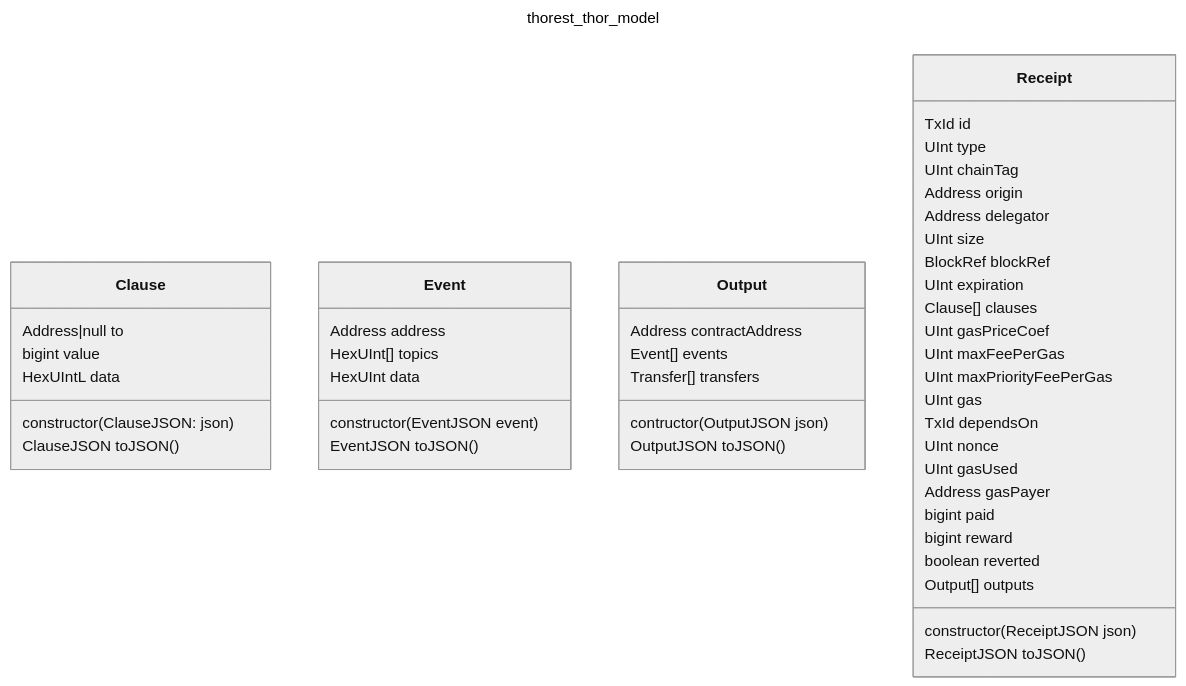
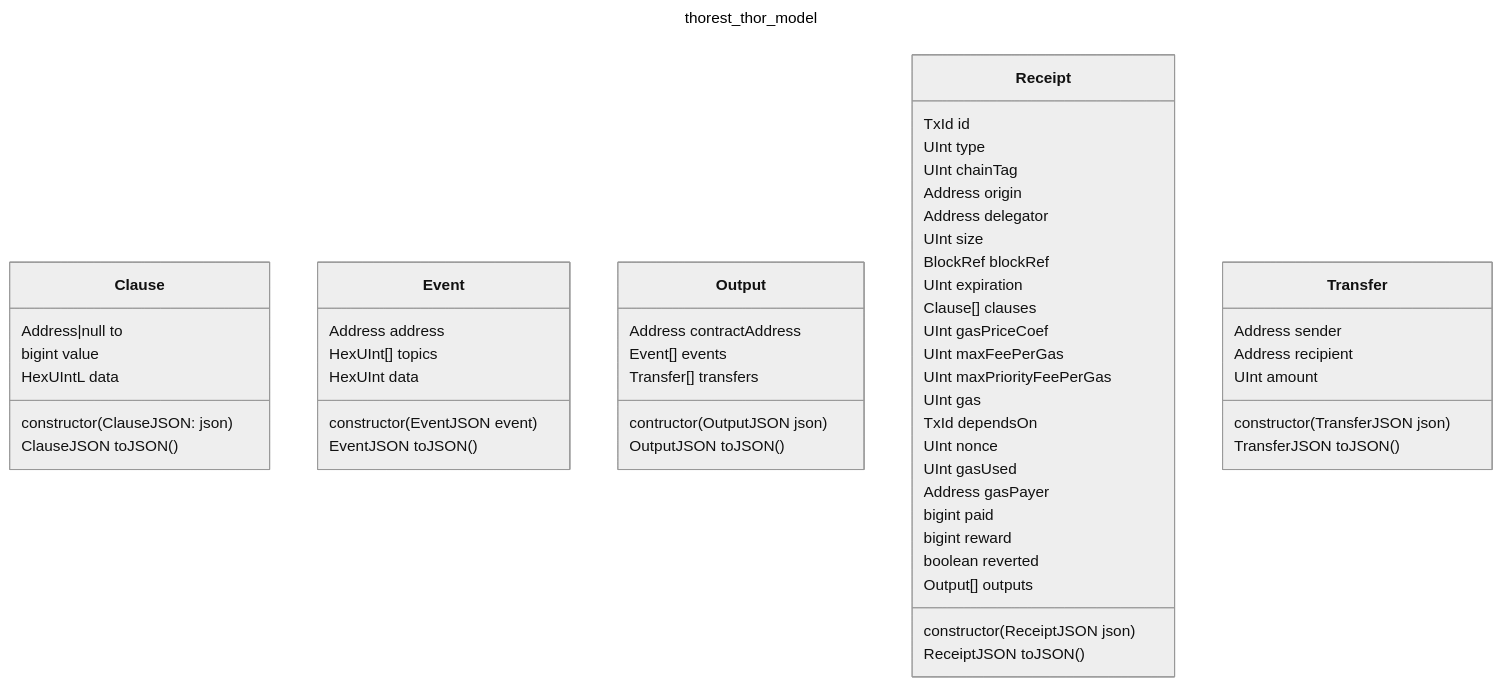
One commit to vechain/vechain-sdk-js changed the diagram in docs/thorest/thor/model/model.mmd. Above: the diagram before and after it, drawn with Mermaid (neutral theme).

Commit message:
feat: 2037 \transactions...

```diff
--- a/docs/thorest/thor/model/model.mmd
+++ b/docs/thorest/thor/model/model.mmd
@@ -1,50 +1,57 @@
 ---
 title: thorest_thor_model
 ---
 classDiagram
     class Clause {
         Address|null to
         bigint value
         HexUIntL data
         constructor(ClauseJSON: json)
         ClauseJSON toJSON()
     }
     class Event {
         Address address
         HexUInt[] topics
         HexUInt data
         constructor(EventJSON event)
         EventJSON toJSON()
     }
     class Output {
         Address contractAddress
         Event[] events
         Transfer[] transfers
         contructor(OutputJSON json)
         OutputJSON toJSON()
     }
     class Receipt {
         TxId id
         UInt type
         UInt chainTag
         Address origin
         Address delegator
         UInt size
         BlockRef blockRef
         UInt expiration
         Clause[] clauses
         UInt gasPriceCoef
         UInt maxFeePerGas
         UInt maxPriorityFeePerGas
         UInt gas
         TxId dependsOn
         UInt nonce
         UInt gasUsed
         Address gasPayer
         bigint paid
         bigint reward
         boolean reverted
         Output[] outputs
         constructor(ReceiptJSON json)
         ReceiptJSON toJSON()
     }
+    class Transfer {
+        Address sender
+        Address recipient
+        UInt amount
+        constructor(TransferJSON json)
+        TransferJSON toJSON()
+    }
```
